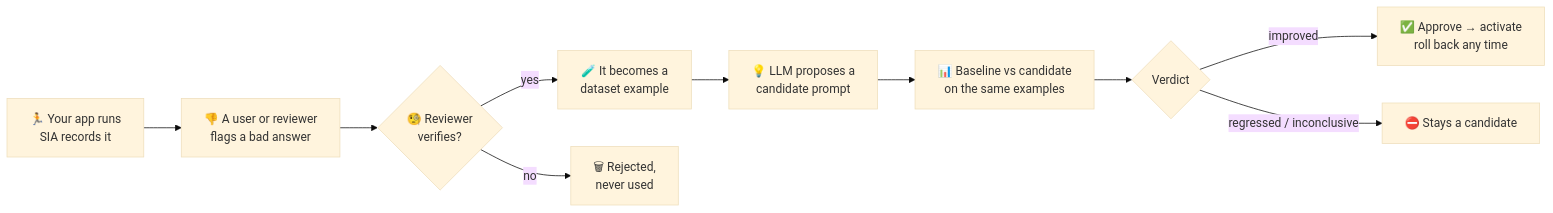
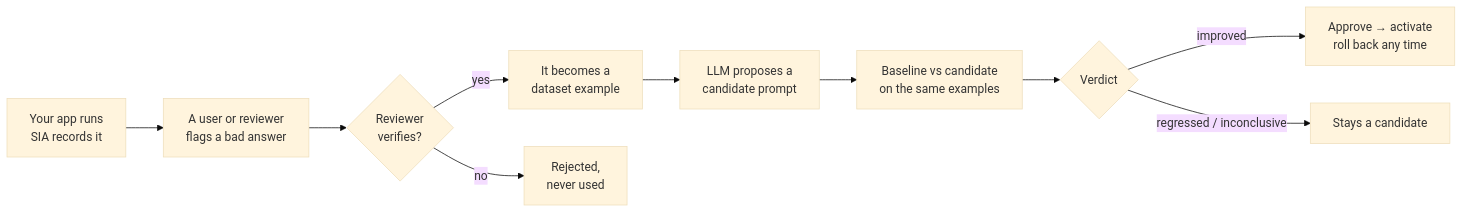
The first of 2 diagrams in README.md (SrijithLegend/Self-Improving-Agent), drawn with Mermaid (base theme) before and after one commit. The commit also changed other lines of this file and 16 other files, not shown here.

````diff
--- a/README.md
+++ b/README.md
@@ -26,12 +26,12 @@
 ```mermaid
 flowchart LR
-    A[🏃 Your app runs<br/>SIA records it] --> B[👎 A user or reviewer<br/>flags a bad answer]
-    B --> C{🧐 Reviewer<br/>verifies?}
-    C -- yes --> D[🧪 It becomes a<br/>dataset example]
-    C -- no --> X[🗑 Rejected,<br/>never used]
-    D --> E[💡 LLM proposes a<br/>candidate prompt]
-    E --> F[📊 Baseline vs candidate<br/>on the same examples]
+    A[Your app runs<br/>SIA records it] --> B[A user or reviewer<br/>flags a bad answer]
+    B --> C{Reviewer<br/>verifies?}
+    C -- yes --> D[It becomes a<br/>dataset example]
+    C -- no --> X[Rejected,<br/>never used]
+    D --> E[LLM proposes a<br/>candidate prompt]
+    E --> F[Baseline vs candidate<br/>on the same examples]
     F --> G{Verdict}
-    G -- improved --> H[✅ Approve → activate<br/>roll back any time]
-    G -- regressed / inconclusive --> I[⛔ Stays a candidate]
+    G -- improved --> H[Approve → activate<br/>roll back any time]
+    G -- regressed / inconclusive --> I[Stays a candidate]
 ```
````
